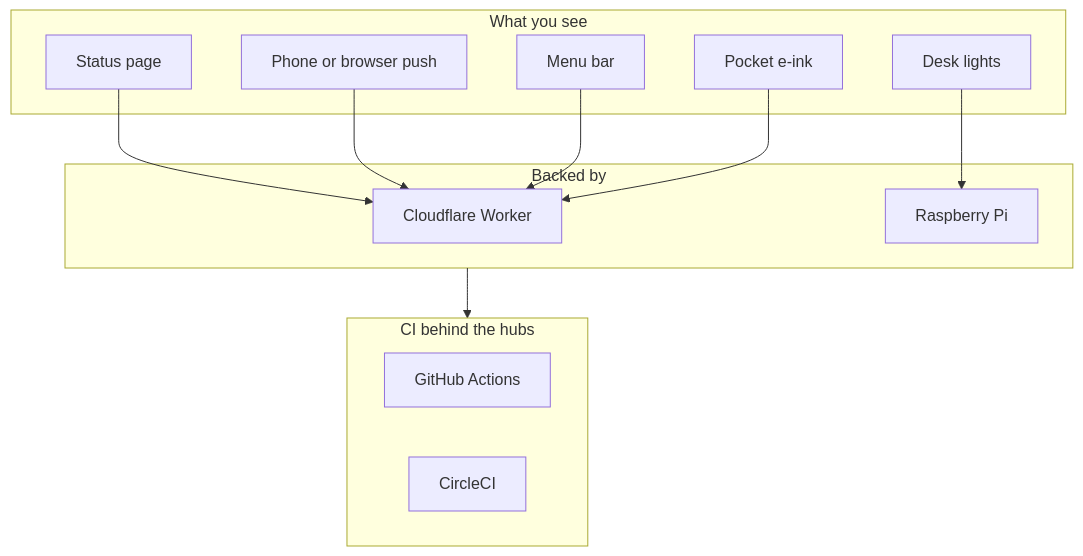
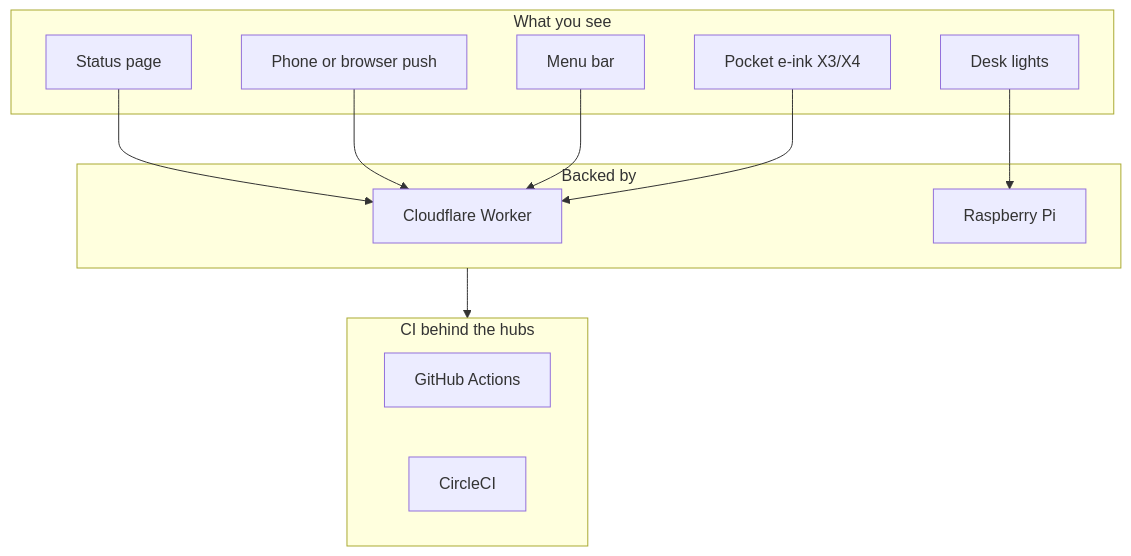
One commit to mzworthington/gpio-build-monitor changed the first of 3 diagrams in README.md. Above: the diagram before and after it, drawn with Mermaid. The commit also changed other lines of this file and 23 other files, not shown here.

````diff
--- a/README.md
+++ b/README.md
@@ -26,27 +26,27 @@
 ```mermaid
 flowchart TB
   subgraph see [What you see]
     WebUI[Status page]
     Push[Phone or browser push]
     Mac[Menu bar]
-    X4[Pocket e-ink]
+    X4[Pocket e-ink X3/X4]
     LEDs[Desk lights]
   end
 
   subgraph hubs [Backed by]
     Worker[Cloudflare Worker]
     Pi[Raspberry Pi]
   end
 
   subgraph ci [CI behind the hubs]
     GH[GitHub Actions]
     CCI[CircleCI]
   end
 
   WebUI --> Worker
   Push --> Worker
   Mac --> Worker
   X4 --> Worker
   LEDs --> Pi
   hubs --> ci
 ```
````
